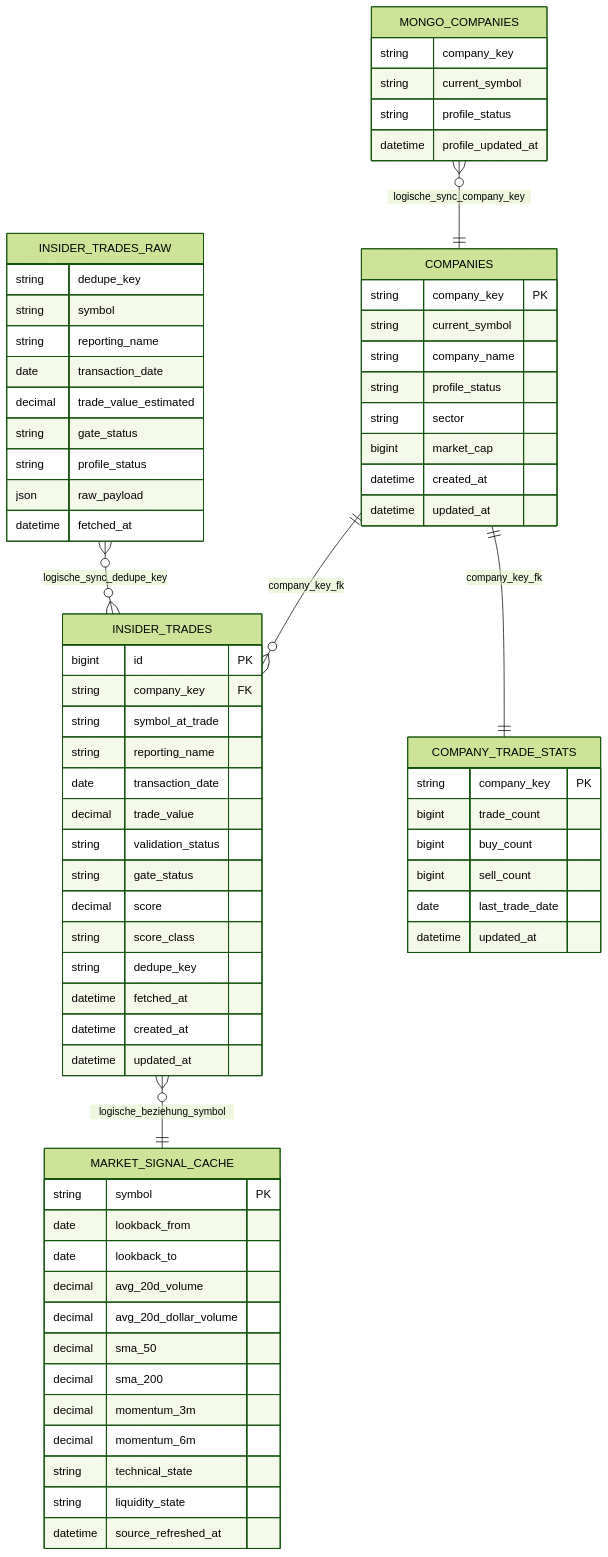
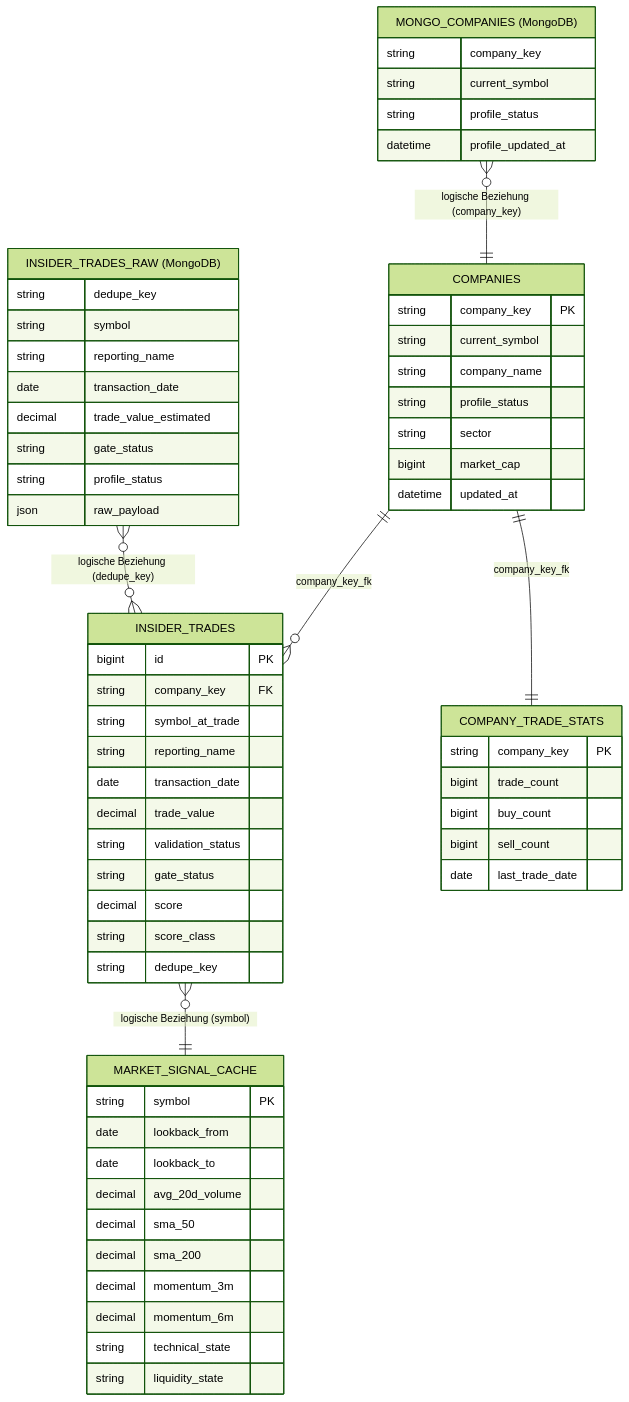
Before and after one commit to JoFitTech/mercator: the diagram in docs/report_assets/diagrams/mercator_data_model.mmd, drawn with Mermaid (forest theme). The commit also changed other lines of this file and 3 other files, not shown here.

Commit message:
Mermaid update v1

```diff
--- a/docs/report_assets/diagrams/mercator_data_model.mmd
+++ b/docs/report_assets/diagrams/mercator_data_model.mmd
@@ -1,78 +1,72 @@
+%% MySQL Clean-Store Tabellen
 erDiagram
     COMPANIES {
         string company_key PK
         string current_symbol
         string company_name
         string profile_status
         string sector
         bigint market_cap
-        datetime created_at
         datetime updated_at
     }
 
     INSIDER_TRADES {
         bigint id PK
         string company_key FK
         string symbol_at_trade
         string reporting_name
         date transaction_date
         decimal trade_value
         string validation_status
         string gate_status
         decimal score
         string score_class
         string dedupe_key
-        datetime fetched_at
-        datetime created_at
-        datetime updated_at
     }
 
     COMPANY_TRADE_STATS {
         string company_key PK
         bigint trade_count
         bigint buy_count
         bigint sell_count
         date last_trade_date
-        datetime updated_at
     }
 
     MARKET_SIGNAL_CACHE {
         string symbol PK
         date lookback_from
         date lookback_to
         decimal avg_20d_volume
-        decimal avg_20d_dollar_volume
         decimal sma_50
         decimal sma_200
         decimal momentum_3m
         decimal momentum_6m
         string technical_state
         string liquidity_state
-        datetime source_refreshed_at
     }
 
-    INSIDER_TRADES_RAW {
+%% MongoDB Collections (kein relationales Schema, logische Beziehungen)
+    INSIDER_TRADES_RAW["INSIDER_TRADES_RAW (MongoDB)"] {
         string dedupe_key
         string symbol
         string reporting_name
         date transaction_date
         decimal trade_value_estimated
         string gate_status
         string profile_status
         json raw_payload
-        datetime fetched_at
     }
 
-    MONGO_COMPANIES {
+    MONGO_COMPANIES["MONGO_COMPANIES (MongoDB)"] {
         string company_key
         string current_symbol
         string profile_status
         datetime profile_updated_at
     }
 
     COMPANIES ||--o{ INSIDER_TRADES : company_key_fk
     COMPANIES ||--|| COMPANY_TRADE_STATS : company_key_fk
 
-    INSIDER_TRADES }o--|| MARKET_SIGNAL_CACHE : logische_beziehung_symbol
-    INSIDER_TRADES_RAW }o--o{ INSIDER_TRADES : logische_sync_dedupe_key
-    MONGO_COMPANIES }o--|| COMPANIES : logische_sync_company_key
+    INSIDER_TRADES }o--|| MARKET_SIGNAL_CACHE : "logische Beziehung (symbol)"
+    INSIDER_TRADES_RAW }o--o{ INSIDER_TRADES : "logische Beziehung (dedupe_key)"
+    MONGO_COMPANIES }o--|| COMPANIES : "logische Beziehung (company_key)"
```
